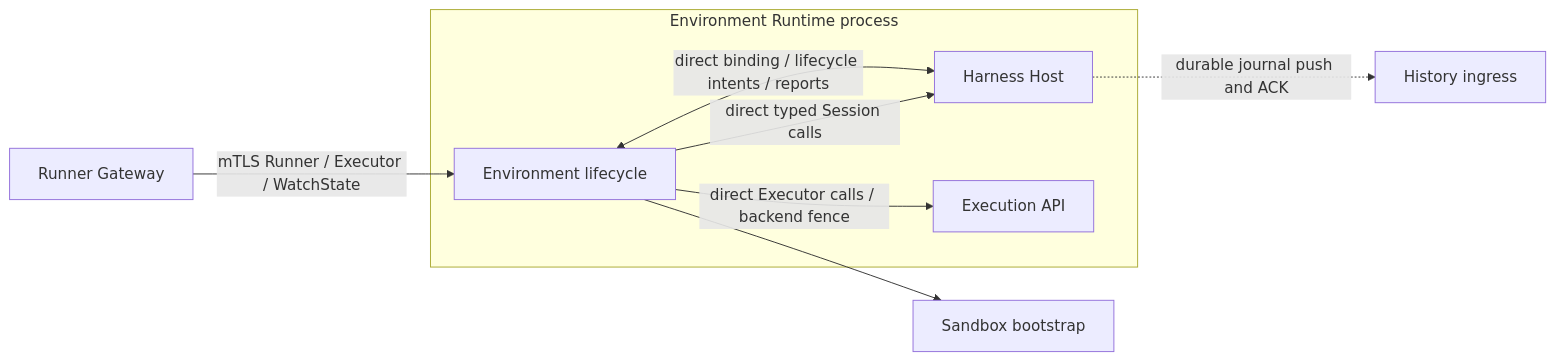
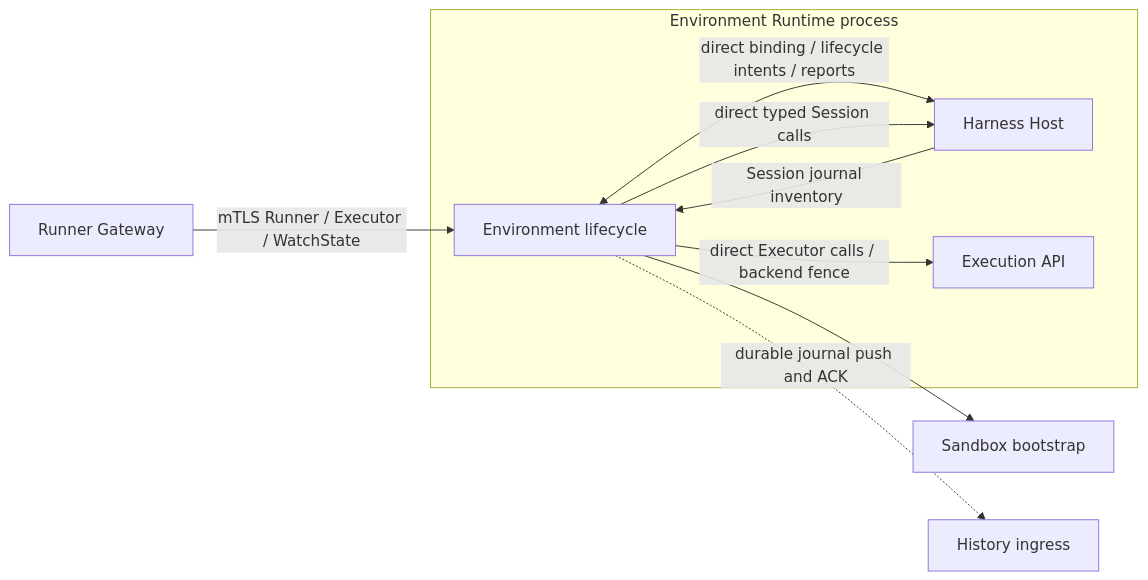
Before and after one commit to agentydragon/ducktape: the fourth of 9 diagrams in agentplane/docs/system_overview.md, drawn with Mermaid. The commit also changed other lines of this file and 23 other files, not shown here.

Commit message:
Move Session History delivery under Runtime lifecycle

````diff
--- a/agentplane/docs/system_overview.md
+++ b/agentplane/docs/system_overview.md
@@ -306,17 +306,18 @@
 ```mermaid
 flowchart LR
     gateway[Runner Gateway]
     subgraph environment_runtime[Environment Runtime process]
       runtime[Environment lifecycle]
       host[Harness Host]
       execution[Execution API]
     end
     bootstrap[Sandbox bootstrap]
     history[History ingress]
     gateway -->|mTLS Runner / Executor / WatchState| runtime
     runtime <-->|direct binding / lifecycle intents / reports| host
     runtime -->|direct typed Session calls| host
     runtime -->|direct Executor calls / backend fence| execution
     runtime --> bootstrap
-    host -.->|durable journal push and ACK| history
+    host -->|Session journal inventory| runtime
+    runtime -.->|durable journal push and ACK| history
 ```
````
